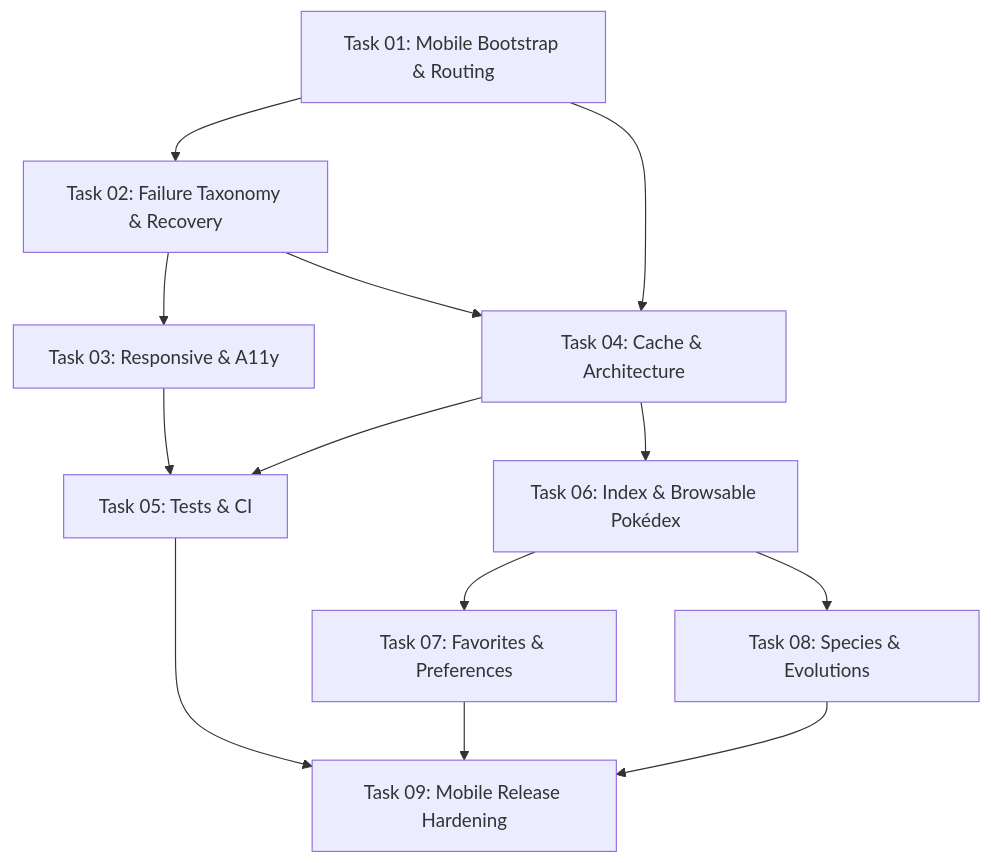
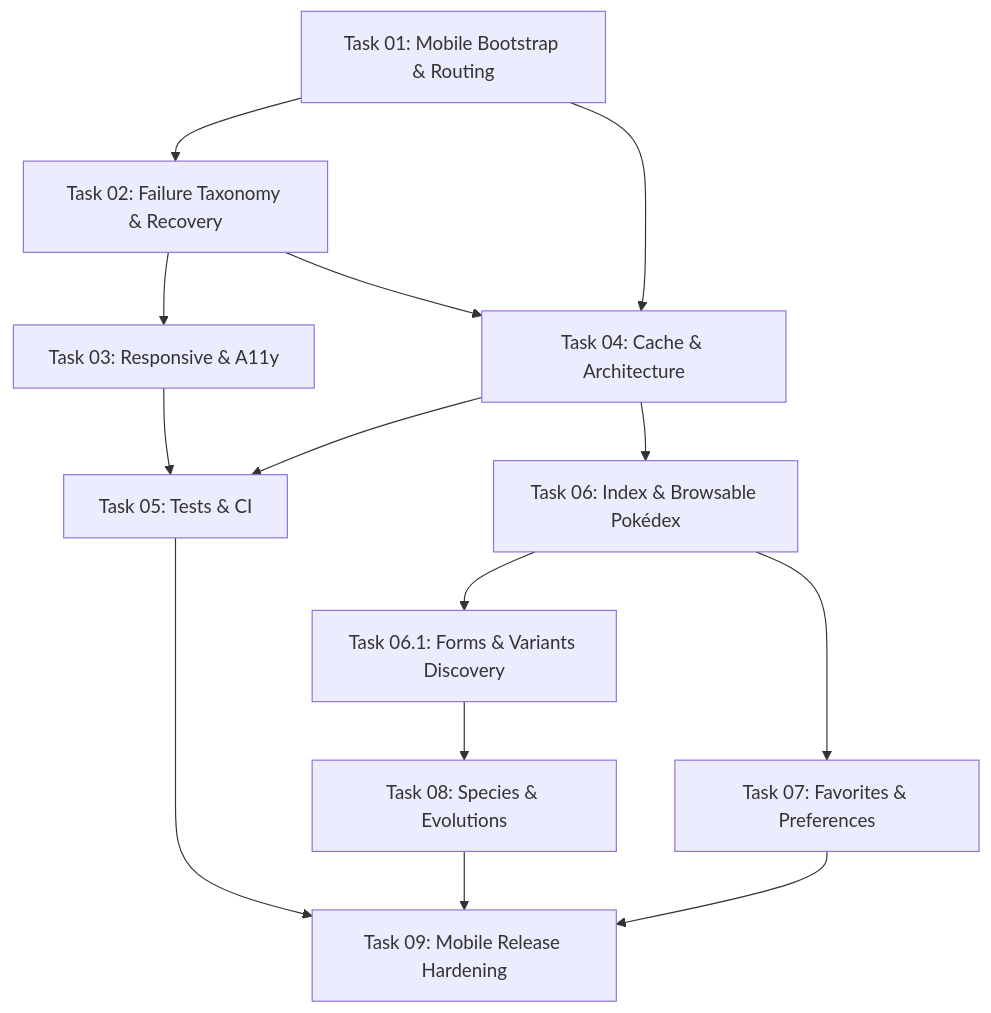
One commit to gabriarceus/pokefinder changed the diagram in tasks/README.md. Above: the diagram before and after it, drawn with Mermaid. The commit also changed other lines of this file and 47 other files, not shown here.

````diff
--- a/tasks/README.md
+++ b/tasks/README.md
@@ -29,15 +30,16 @@
 ```mermaid
 graph TD
     T01[Task 01: Mobile Bootstrap & Routing] --> T02[Task 02: Failure Taxonomy & Recovery]
     T02 --> T03[Task 03: Responsive & A11y]
     T01 --> T04[Task 04: Cache & Architecture]
     T02 --> T04
     T04 --> T05[Task 05: Tests & CI]
     T03 --> T05
     T04 --> T06[Task 06: Index & Browsable Pokédex]
+    T06 --> T06_1[Task 06.1: Forms & Variants Discovery]
     T06 --> T07[Task 07: Favorites & Preferences]
-    T06 --> T08[Task 08: Species & Evolutions]
+    T06_1 --> T08[Task 08: Species & Evolutions]
     T05 --> T09[Task 09: Mobile Release Hardening]
     T07 --> T09
     T08 --> T09
 ```
````
